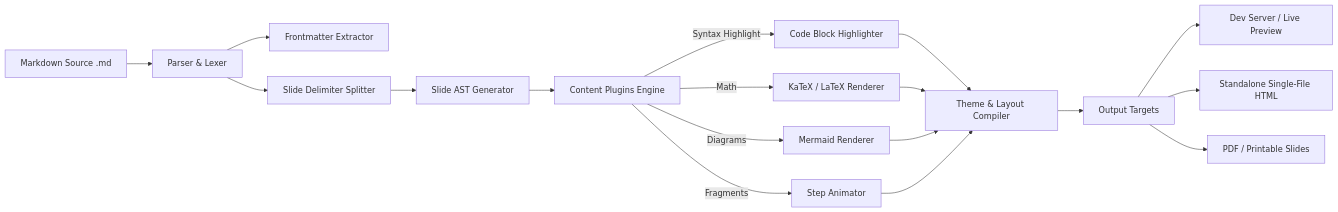
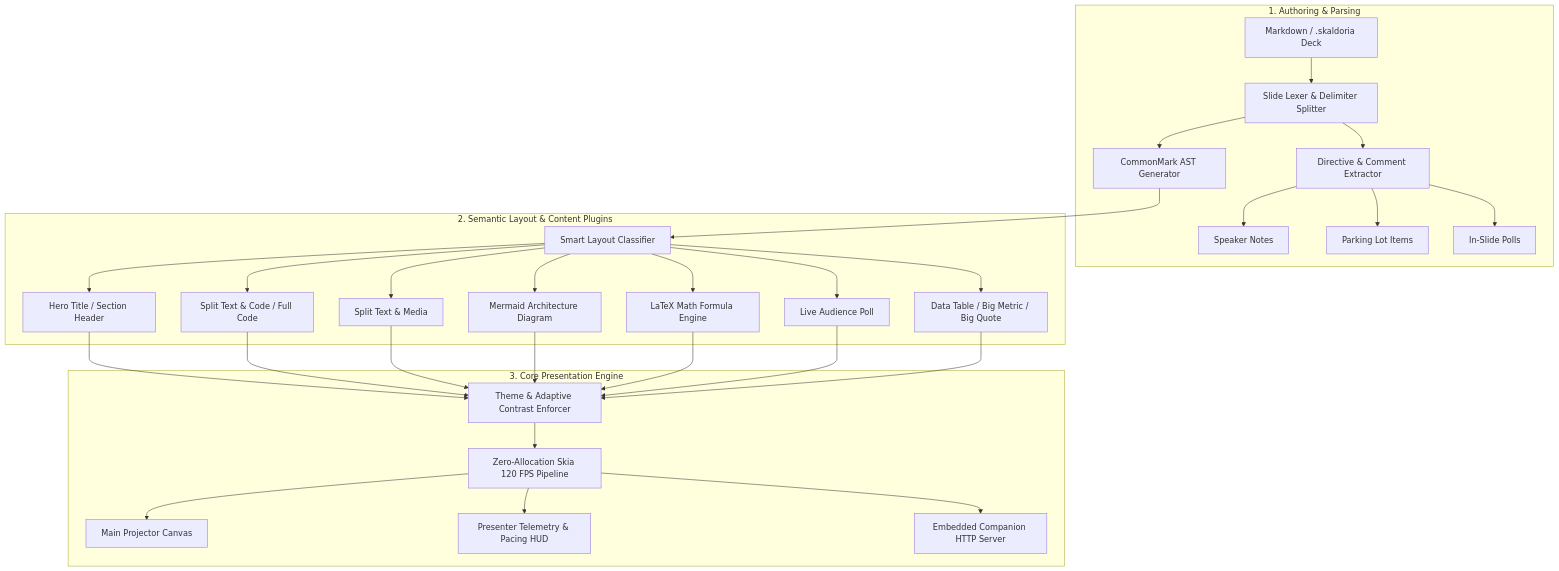
Before and after one commit to esgaltur/Skaldoria: the diagram in FUNCTIONAL_SPECIFICATION.md, drawn with Mermaid. The commit also changed other lines of this file and 30 other files, not shown here.

Commit message:
feat: add parking lot, in-editor find/replace, WCAG 2.1 contrast enforcer, pacing HUD, and companion server resilience

````diff
--- a/FUNCTIONAL_SPECIFICATION.md
+++ b/FUNCTIONAL_SPECIFICATION.md
@@ -23,17 +24,30 @@
 ```mermaid
-flowchart LR
-    A[Markdown Source .md] --> B[Parser & Lexer]
-    B --> C[Frontmatter Extractor]
-    B --> D[Slide Delimiter Splitter]
-    D --> E[Slide AST Generator]
-    E --> F[Content Plugins Engine]
-    F -->|Syntax Highlight| G1[Code Block Highlighter]
-    F -->|Math| G2[KaTeX / LaTeX Renderer]
-    F -->|Diagrams| G3[Mermaid Renderer]
-    F -->|Fragments| G4[Step Animator]
-    G1 & G2 & G3 & G4 --> H[Theme & Layout Compiler]
-    H --> I[Output Targets]
-    I --> J1[Dev Server / Live Preview]
-    I --> J2[Standalone Single-File HTML]
-    I --> J3[PDF / Printable Slides]
+flowchart TD
+    subgraph Authoring["1. Authoring & Parsing"]
+        MD[Markdown / .skaldoria Deck] --> Lexer[Slide Lexer & Delimiter Splitter]
+        Lexer --> AST[CommonMark AST Generator]
+        Lexer --> Directives[Directive & Comment Extractor]
+        Directives --> Notes[Speaker Notes]
+        Directives --> ParkingLot[Parking Lot Items]
+        Directives --> Polls[In-Slide Polls]
+    end
+
+    subgraph Plugins["2. Semantic Layout & Content Plugins"]
+        AST --> Classifier[Smart Layout Classifier]
+        Classifier --> L1[Hero Title / Section Header]
+        Classifier --> L2[Split Text & Code / Full Code]
+        Classifier --> L3[Split Text & Media]
+        Classifier --> L4[Mermaid Architecture Diagram]
+        Classifier --> L5[LaTeX Math Formula Engine]
+        Classifier --> L6[Live Audience Poll]
+        Classifier --> L7[Data Table / Big Metric / Big Quote]
+    end
+
+    subgraph Engine["3. Core Presentation Engine"]
+        L1 & L2 & L3 & L4 & L5 & L6 & L7 --> ThemeEngine[Theme & Adaptive Contrast Enforcer]
+        ThemeEngine --> RenderPipeline[Zero-Allocation Skia 120 FPS Pipeline]
+        RenderPipeline --> Projector[Main Projector Canvas]
+        RenderPipeline --> PresenterHUD[Presenter Telemetry & Pacing HUD]
+        RenderPipeline --> RemoteServer[Embedded Companion HTTP Server]
+    end
 ```
````
